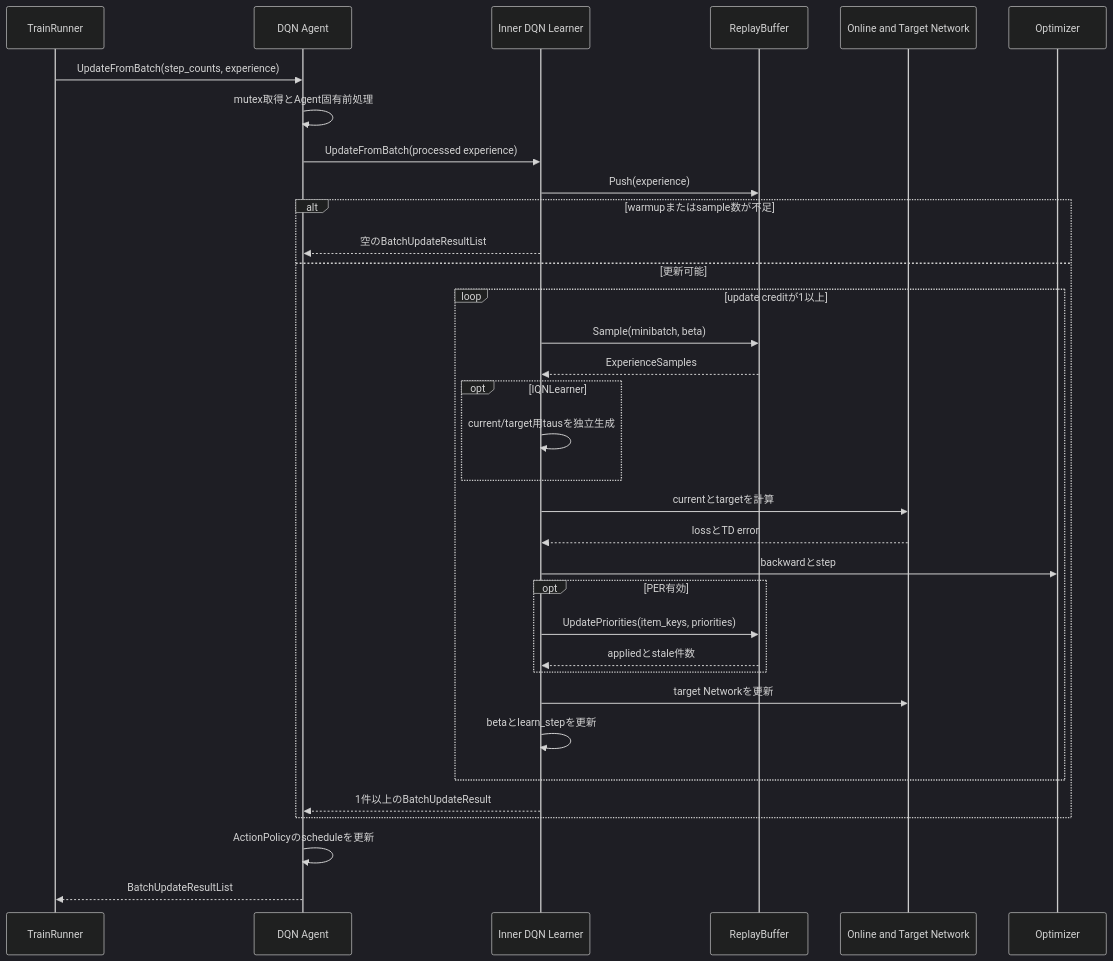
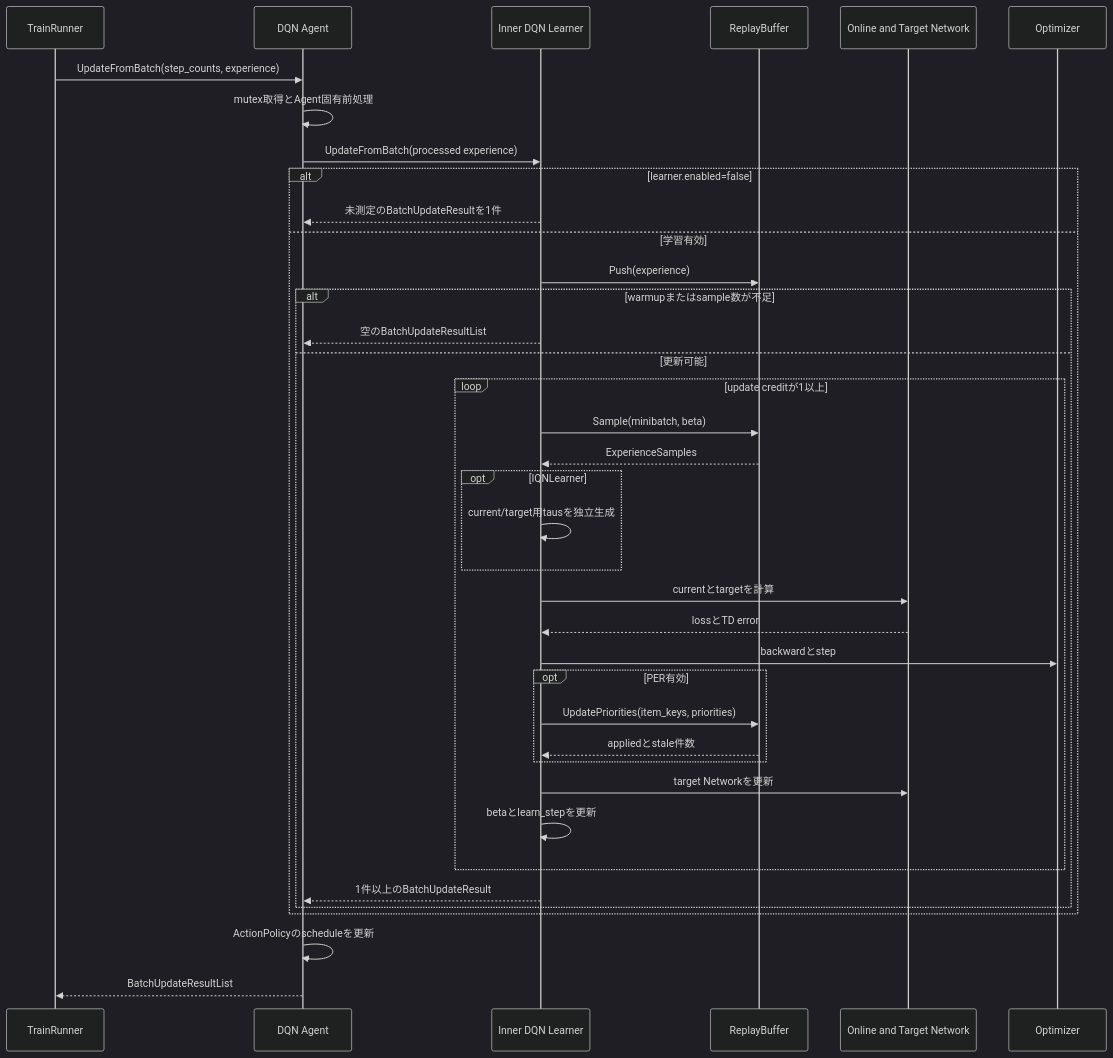
One commit to kazukin123/anet-lab changed the third of 4 diagrams in docs/design/200_dqn_agents.jp.md. Above: the diagram before and after it, drawn with Mermaid (dark theme). The commit also changed other lines of this file and 15 other files, not shown here.

````diff
--- a/docs/design/200_dqn_agents.jp.md
+++ b/docs/design/200_dqn_agents.jp.md
@@ -191,37 +191,41 @@
 ```mermaid
 sequenceDiagram
     participant R as TrainRunner
     participant G as DQN Agent
     participant L as Inner DQN Learner
     participant B as ReplayBuffer
     participant N as Online and Target Network
     participant O as Optimizer
 
     R->>G: UpdateFromBatch(step_counts, experience)
     G->>G: mutex取得とAgent固有前処理
     G->>L: UpdateFromBatch(processed experience)
-    L->>B: Push(experience)
-    alt warmupまたはsample数が不足
-        L-->>G: 空のBatchUpdateResultList
-    else 更新可能
-        loop update creditが1以上
-            L->>B: Sample(minibatch, beta)
-            B-->>L: ExperienceSamples
-            opt IQNLearner
-                L->>L: current/target用tausを独立生成
+    alt learner.enabled=false
+        L-->>G: 未測定のBatchUpdateResultを1件
+    else 学習有効
+        L->>B: Push(experience)
+        alt warmupまたはsample数が不足
+            L-->>G: 空のBatchUpdateResultList
+        else 更新可能
+            loop update creditが1以上
+                L->>B: Sample(minibatch, beta)
+                B-->>L: ExperienceSamples
+                opt IQNLearner
+                    L->>L: current/target用tausを独立生成
+                end
+                L->>N: currentとtargetを計算
+                N-->>L: lossとTD error
+                L->>O: backwardとstep
+                opt PER有効
+                    L->>B: UpdatePriorities(item_keys, priorities)
+                    B-->>L: appliedとstale件数
+                end
+                L->>N: target Networkを更新
+                L->>L: betaとlearn_stepを更新
             end
-            L->>N: currentとtargetを計算
-            N-->>L: lossとTD error
-            L->>O: backwardとstep
-            opt PER有効
-                L->>B: UpdatePriorities(item_keys, priorities)
-                B-->>L: appliedとstale件数
-            end
-            L->>N: target Networkを更新
-            L->>L: betaとlearn_stepを更新
+            L-->>G: 1件以上のBatchUpdateResult
         end
-        L-->>G: 1件以上のBatchUpdateResult
     end
     G->>G: ActionPolicyのscheduleを更新
     G-->>R: BatchUpdateResultList
 ```
````
